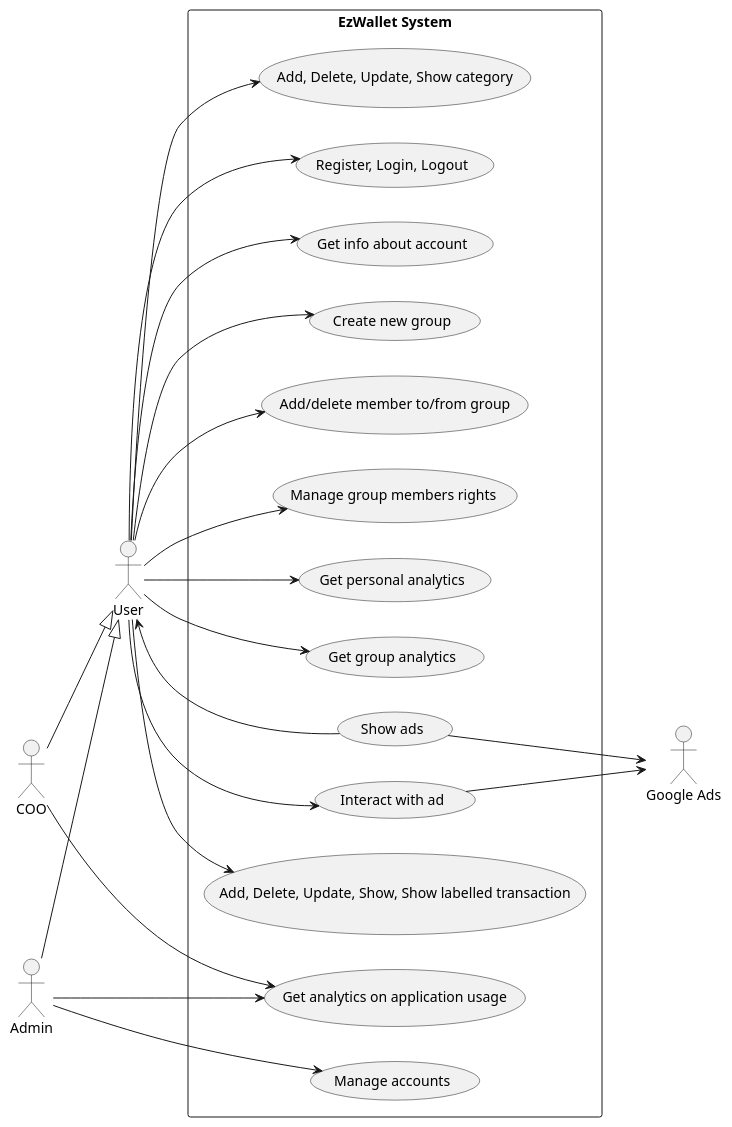
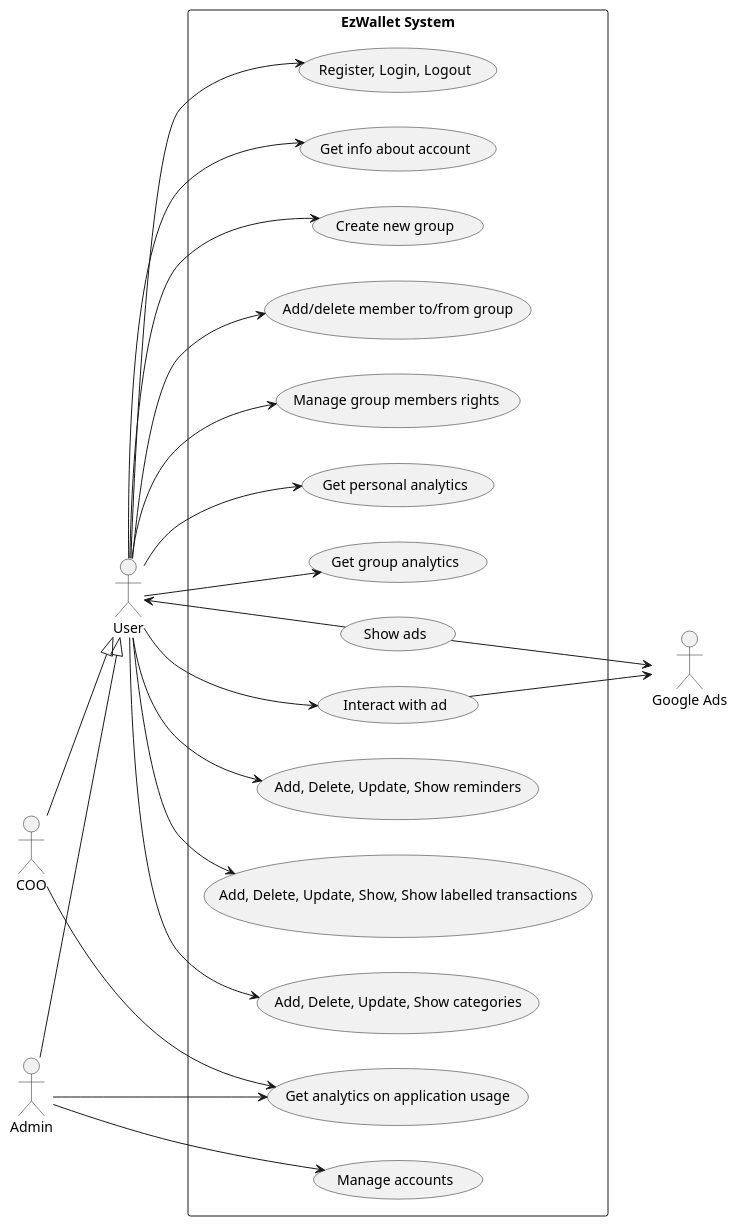
The second of 5 diagrams in RequirementsDocumentV2.md (lara-m2000/ezwallet), drawn with PlantUML before and after one commit. The commit also changed other lines of this file, not shown here.

Commit message:
docs: updated use cases and use case diagram

````diff
--- a/RequirementsDocumentV2.md
+++ b/RequirementsDocumentV2.md
@@ -288,52 +288,55 @@
 ```plantuml
 @startuml
 left to right direction
 
 actor User
 actor COO
 actor Admin
 actor "Google Ads" as GAds
 
 Admin --|> User
 COO --|> User
 
 rectangle "EzWallet System" as System {
-	usecase "Add, Delete, Update, Show, Show labelled transaction" as Transaction
+	usecase "Add, Delete, Update, Show, Show labelled transactions" as Transaction
 	usecase "Register, Login, Logout" as Auth
 
-	usecase "Add, Delete, Update, Show category" as Category
+	usecase "Add, Delete, Update, Show categories" as Category
 
 	usecase "Get info about account" as UUsers
 	usecase "Create new group" as CreateGroup
 	usecase "Add/delete member to/from group" as AddDeleteToGroup
 	usecase "Manage group members rights" as ManageMemberRights
 	usecase "Manage accounts" as ManageAccounts
 
 	usecase "Get analytics on application usage" as UsageAnalytics
 
 	usecase "Get personal analytics" as PAnalytics
 	usecase "Get group analytics" as GAnalytics
 
 	usecase "Show ads" as ShowAds
 	usecase "Interact with ad" as InteractAd
+
+	usecase "Add, Delete, Update, Show reminders" as ManageReminders
 }
 User -> Transaction
 User -> Category
 User -> Auth
 User --> UUsers
 User --> PAnalytics
 User --> GAnalytics
 User --> CreateGroup
 User --> AddDeleteToGroup
 User --> ManageMemberRights
 User <-- ShowAds
 User --> InteractAd
+User --> ManageReminders
 ShowAds --> GAds
 InteractAd --> GAds
 Admin --> ManageAccounts
 Admin --> UsageAnalytics
 COO --> UsageAnalytics
 
 
 @enduml
 ```
````
